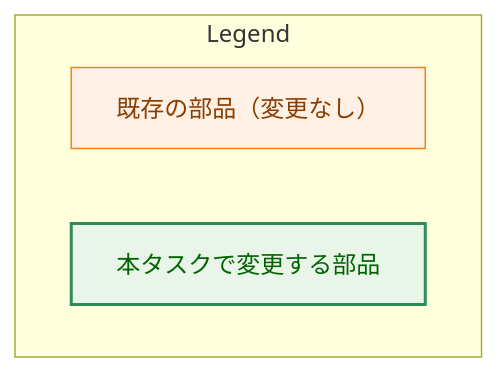
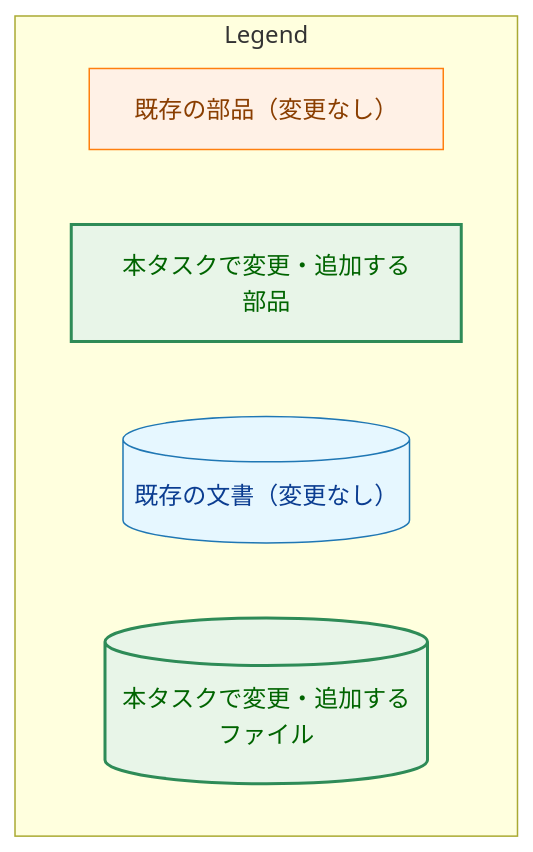
Before and after one commit to isseis/yt2column: the sixth of 13 diagrams in docs/tasks/0024_copied_transcript_panel_lines/02_architecture.md, drawn with Mermaid. The commit also changed other lines of this file and 1 other file, not shown here.

First line of the commit message:
docs(0024): add form B chapter headings to the requirements and redraft the architecture (#314)

````diff
--- a/docs/tasks/0024_copied_transcript_panel_lines/02_architecture.md
+++ b/docs/tasks/0024_copied_transcript_panel_lines/02_architecture.md
@@ -143,13 +216,18 @@
 ```mermaid
 graph TB
+    classDef data fill:#e6f7ff,stroke:#1f77b4,stroke-width:1px,color:#0b3d91;
     classDef process fill:#fff1e6,stroke:#ff7f0e,stroke-width:1px,color:#8a3e00;
     classDef enhanced fill:#e8f5e8,stroke:#2e8b57,stroke-width:2px,color:#006400;
 
     subgraph Legend["Legend"]
         L1["既存の部品（変更なし）"]
-        L2["本タスクで変更する部品"]
+        L2["本タスクで変更・追加する部品"]
+        L3[("既存の文書（変更なし）")]
+        L4[("本タスクで変更・追加するファイル")]
     end
 
     class L1 process
     class L2 enhanced
+    class L3 data
+    class L4 enhanced
 ```
````
